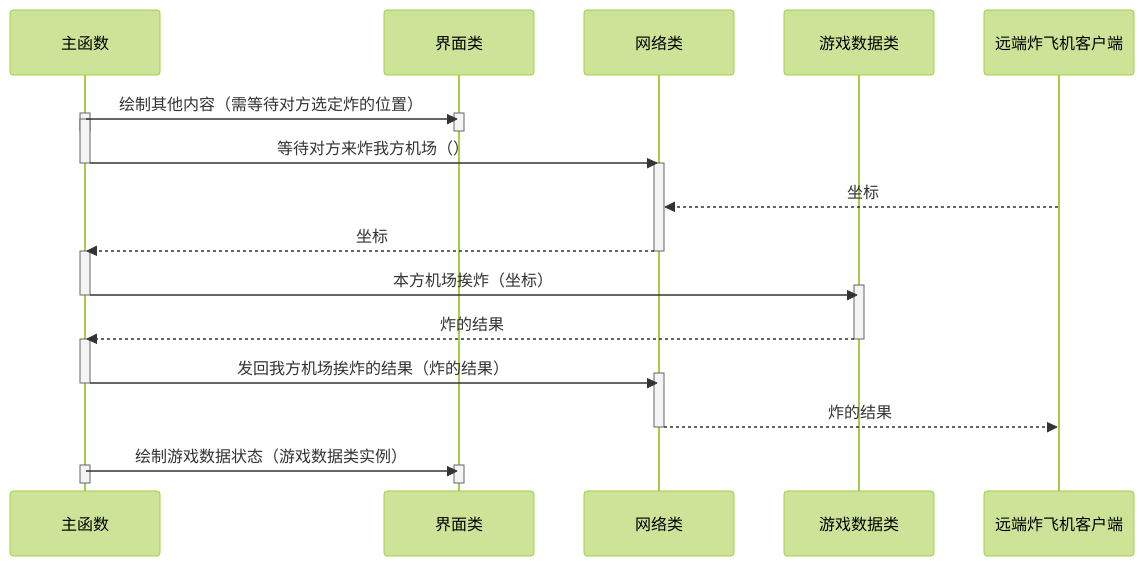
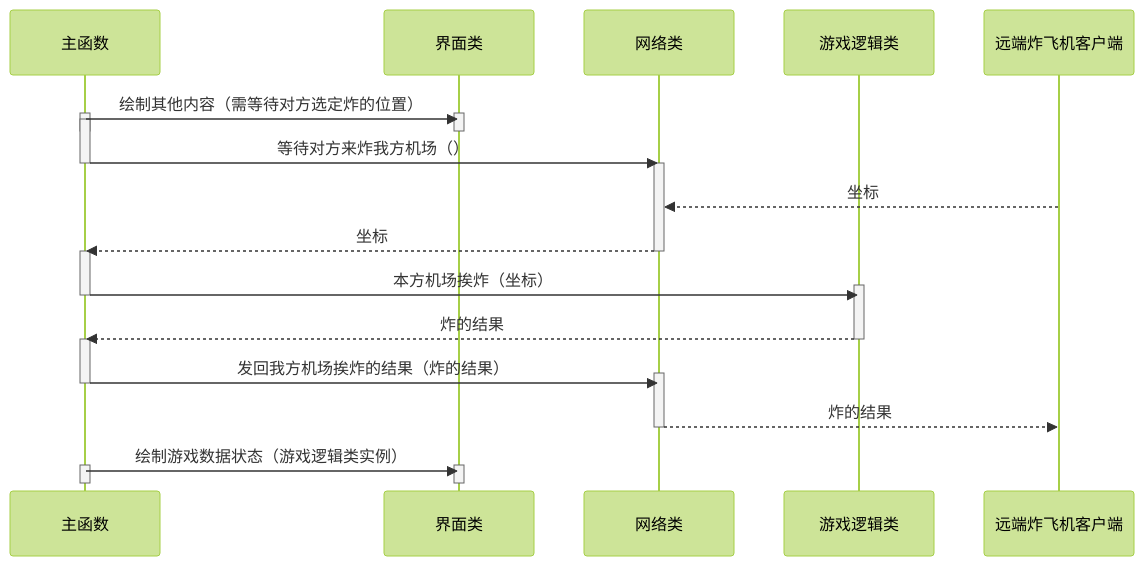
One commit to li6in9muyou/bomb-airfield-game changed the fourth of 6 diagrams in README.md. Above: the diagram before and after it, drawn with Mermaid (forest theme). The commit also changed other lines of this file, not shown here.

````diff
--- a/README.md
+++ b/README.md
@@ -268,39 +272,39 @@
 ```mermaid
 sequenceDiagram
 
 participant main as 主函数
 participant ui as 界面类
 participant socket as 网络类
-participant game as 游戏数据类
+participant game as 游戏逻辑类
 participant remote as 远端炸飞机客户端
 
 main ->> ui: 绘制其他内容（需等待对方选定炸的位置）
 activate main
 deactivate main
 activate ui
 deactivate ui
 activate main
 main ->> socket: 等待对方来炸我方机场（）
 deactivate main
 activate socket
 remote -->> socket: 坐标
 socket -->> main: 坐标
 deactivate socket
 activate main
 main ->> game: 本方机场挨炸（坐标）
 activate game
 deactivate main
 game -->> main: 炸的结果
 deactivate game
 activate main
 main ->> socket: 发回我方机场挨炸的结果（炸的结果）
 activate socket
 deactivate main
 socket -->> remote: 炸的结果
 deactivate socket
-main ->> ui: 绘制游戏数据状态（游戏数据类实例）
+main ->> ui: 绘制游戏数据状态（游戏逻辑类实例）
 activate main
 activate ui
 deactivate ui
 deactivate main
 ```
````
